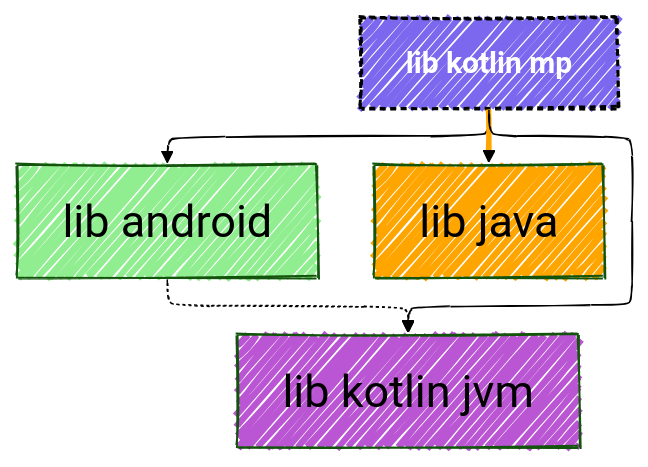
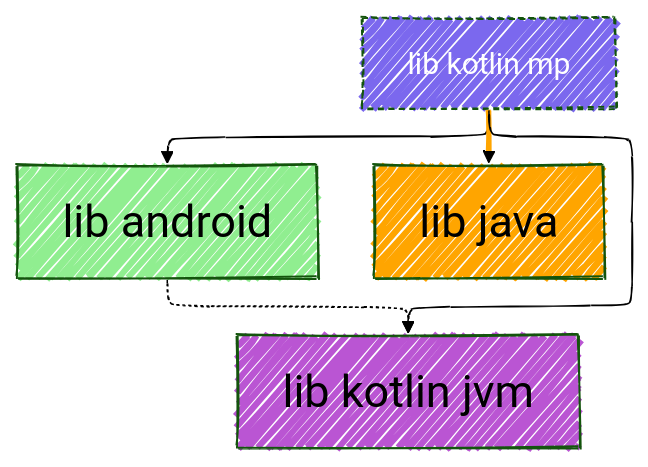
Before and after one commit to jonapoul/atlas: the diagram in samples/sample-mermaid/sample-lib-kotlin-mp/README.md, drawn with Mermaid. The commit also changed 43 other files, not shown here.

````diff
--- a/samples/sample-mermaid/sample-lib-kotlin-mp/README.md
+++ b/samples/sample-mermaid/sample-lib-kotlin-mp/README.md
@@ -4,37 +4,37 @@
 ```mermaid
 ---
 config:
   layout: elk
   look: handDrawn
   theme: forest
   elk:
     mergeEdges: true
     forceNodeModelOrder: true
     nodePlacementStrategy: LINEAR_SEGMENTS
     cycleBreakingStrategy: INTERACTIVE
     considerModelOrder: PREFER_EDGES
   themeVariables:
     background: #FFF
     fontFamily: arial
     lineColor: #55FF55
     primaryBorderColor: #FF5555
     primaryColor: #ABC123
     darkMode: true
     fontSize: 30px
     defaultLinkColor: #5555FF
 ---
 graph TD
   lib_android["lib android"]
   lib_java["lib java"]
   lib_kotlin_jvm["lib kotlin jvm"]
   lib_kotlin_mp["lib kotlin mp"]
   style lib_android fill:lightgreen,fillcolor:lightgreen
   style lib_java fill:orange,fillcolor:orange
   style lib_kotlin_jvm fill:mediumorchid,fillcolor:mediumorchid
-  style lib_kotlin_mp fill:mediumslateblue,font-weight:bold,stroke:black,stroke-width:2px,color:white,stroke-dasharray:4 3 2 1,font-size:20px,fillcolor:mediumslateblue
+  style lib_kotlin_mp fill:mediumslateblue,color:white,stroke-dasharray:4 3 2 1,font-size:20px,fillcolor:mediumslateblue
   lib_android -.-> lib_kotlin_jvm
   lib_kotlin_mp --> lib_android
   lib_kotlin_mp ==> lib_java
   linkStyle 2 stroke:orange
   lib_kotlin_mp --> lib_kotlin_jvm
 ```
````
